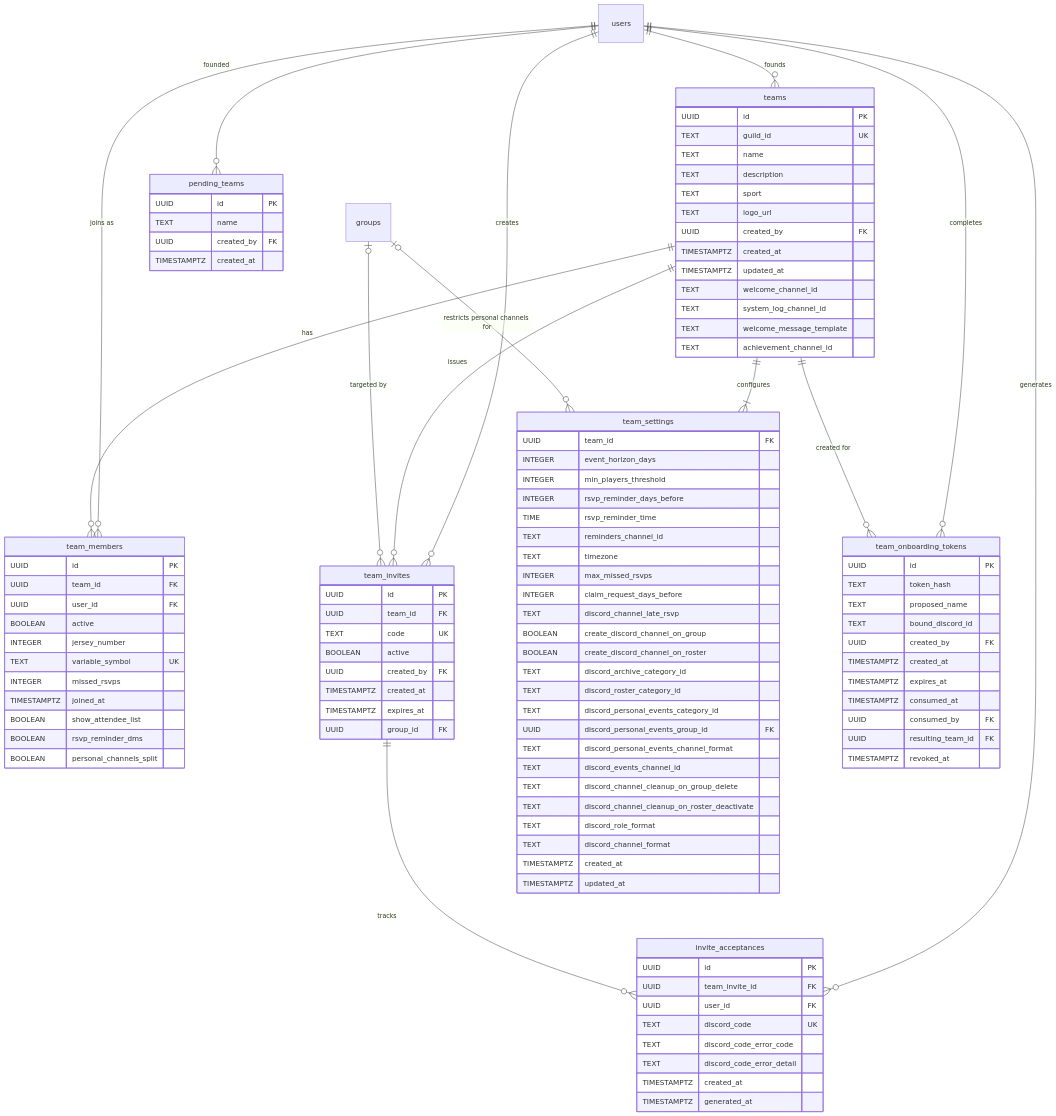
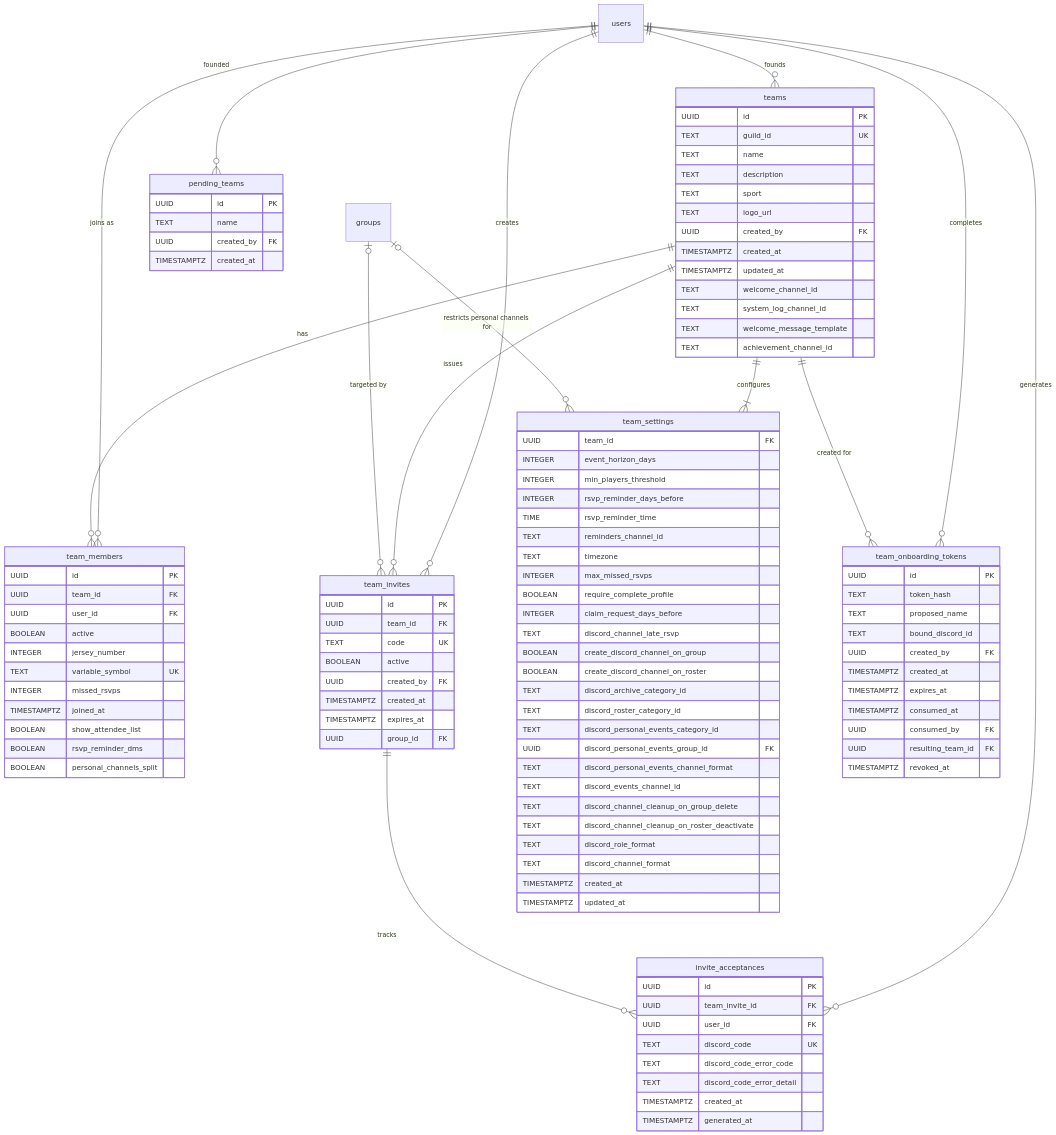
One commit to sideline-cz/sideline changed the third of 23 diagrams in docs/thesis/er-diagram.md. Above: the diagram before and after it, drawn with Mermaid. The commit also changed other lines of this file and 127 other files, not shown here.

```diff
--- a/docs/thesis/er-diagram.md
+++ b/docs/thesis/er-diagram.md
@@ -298,6 +298,7 @@
         TEXT reminders_channel_id
         TEXT timezone
         INTEGER max_missed_rsvps
+        BOOLEAN require_complete_profile
         INTEGER claim_request_days_before
         TEXT discord_channel_late_rsvp
         BOOLEAN create_discord_channel_on_group
```
